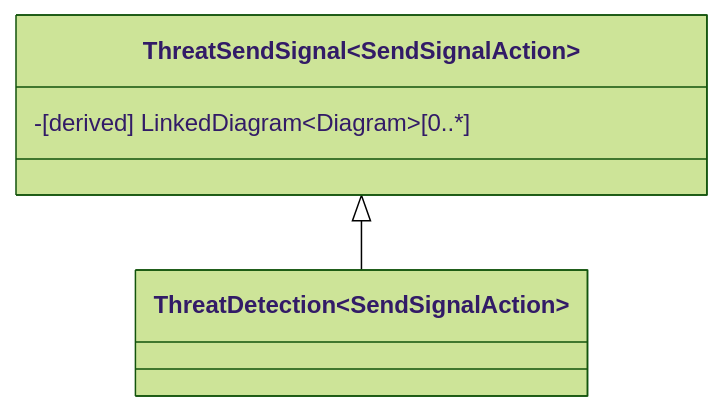
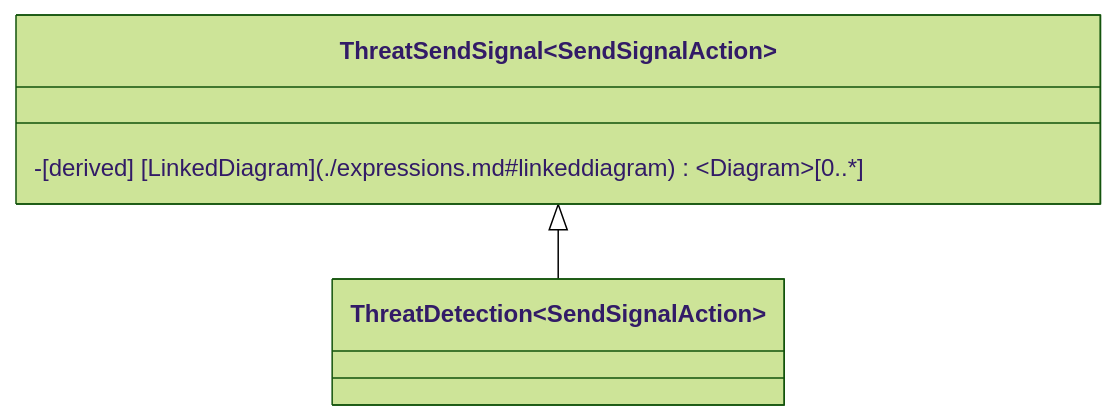
Before and after one commit to stuartfowler/CEMT: diagram 18 of 45 in Documentation/stereotypes.md, drawn with Mermaid (forest theme). The commit also changed other lines of this file and 3 other files, not shown here.

````diff
--- a/Documentation/stereotypes.md
+++ b/Documentation/stereotypes.md
@@ -262,7 +262,7 @@
 ```mermaid
     classDiagram
         class ThreatSendSignal~SendSignalAction~ {      
-            -[derived] LinkedDiagram~Diagram~[0..*]
+            -[derived] [LinkedDiagram](./expressions.md#linkeddiagram)~Diagram~[0..*]
         }
         ThreatSendSignal~SendSignalAction~ <|-- ThreatDetection~SendSignalAction~
 ```
````
